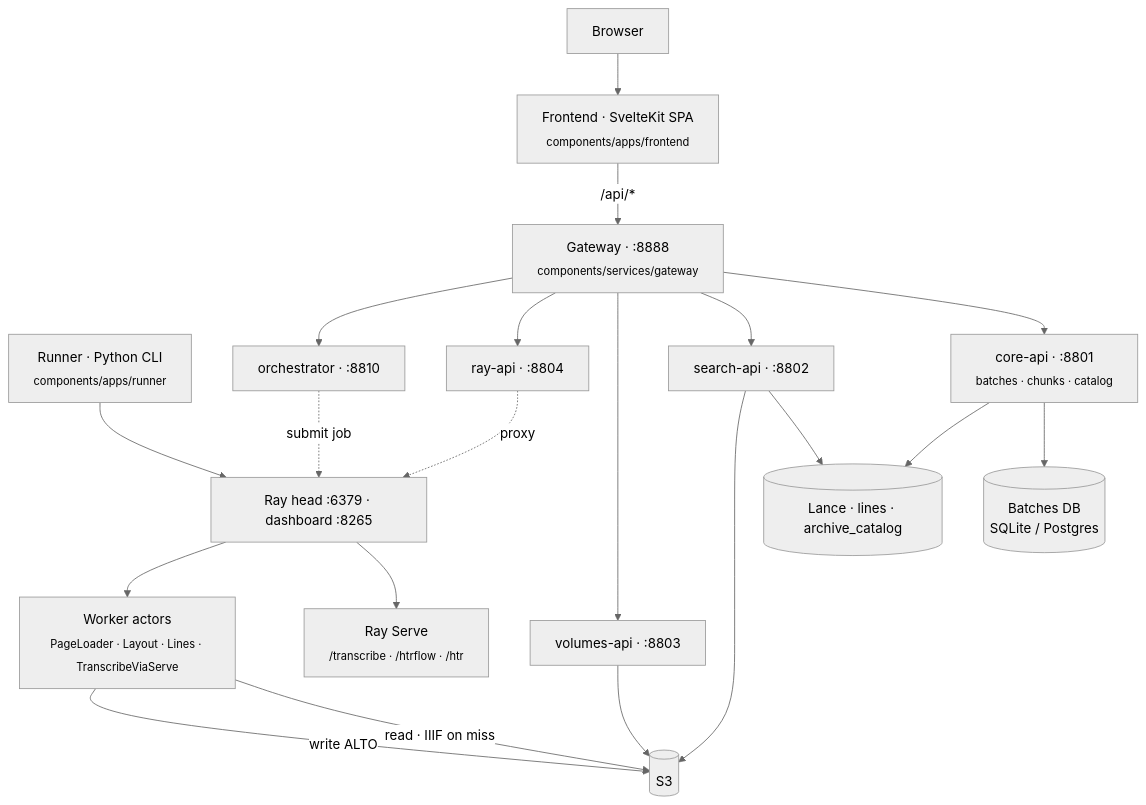
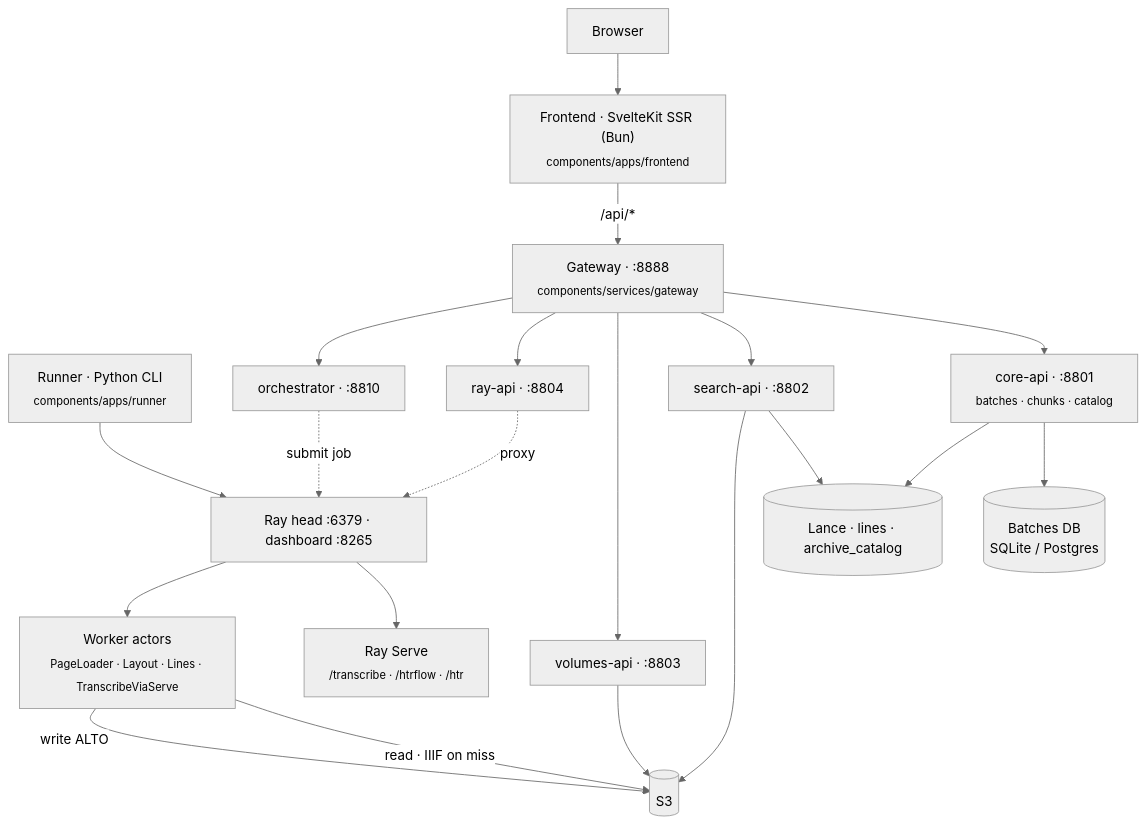
One commit to AI-Riksarkivet/rask changed the diagram in docs/architecture/index.md. Above: the diagram before and after it, drawn with Mermaid (neutral theme). The commit also changed other lines of this file and 20 other files, not shown here.

````diff
--- a/docs/architecture/index.md
+++ b/docs/architecture/index.md
@@ -24,22 +26,22 @@
 ```mermaid
 flowchart TB
-    browser["Browser"] --> spa["Frontend · SvelteKit SPA<br/><sub>components/apps/frontend</sub>"]
+    browser["Browser"] --> spa["Frontend · SvelteKit SSR (Bun)<br/><sub>components/apps/frontend</sub>"]
     spa -->|"/api/*"| gw["Gateway · :8888<br/><sub>components/services/gateway</sub>"]
     cli["Runner · Python CLI<br/><sub>components/apps/runner</sub>"] --> head
     gw --> core["core-api · :8801<br/><sub>batches · chunks · catalog</sub>"]
     gw --> search["search-api · :8802"]
     gw --> volumes["volumes-api · :8803"]
     gw --> rayapi["ray-api · :8804"]
     gw --> orch["orchestrator · :8810"]
     core --> db[("Batches DB<br/>SQLite / Postgres")]
     core --> lance[("Lance · lines · archive_catalog")]
     search --> lance
     search --> s3[("S3")]
     volumes --> s3
     rayapi -.->|proxy| head["Ray head :6379 · dashboard :8265"]
     orch -.->|submit job| head
     head --> serve["Ray Serve<br/><sub>/transcribe · /htrflow · /htr</sub>"]
     head --> workers["Worker actors<br/><sub>PageLoader · Layout · Lines · TranscribeViaServe</sub>"]
     workers -->|read · IIIF on miss| s3
     workers -->|write ALTO| s3
 ```
````
